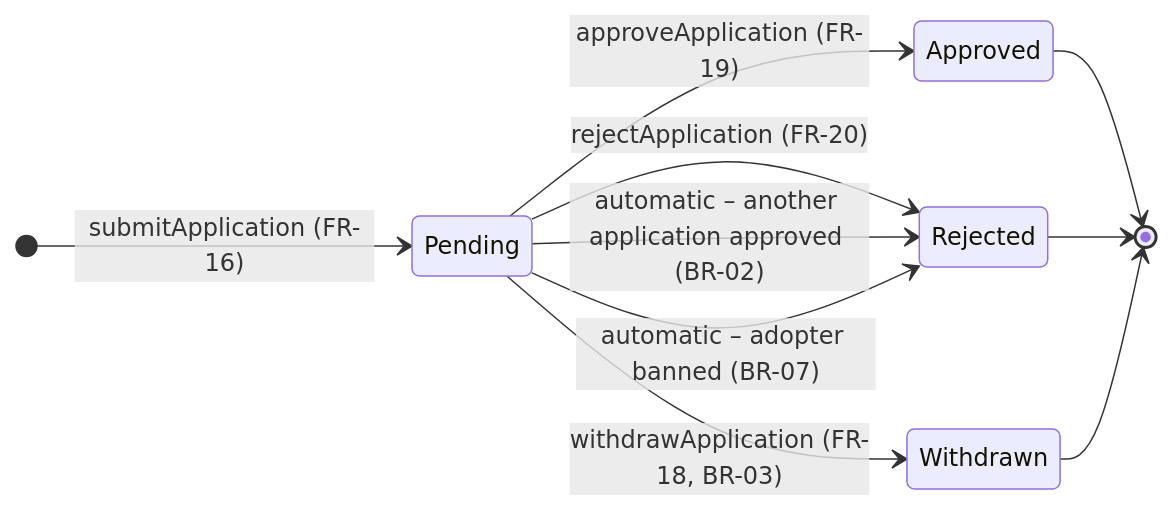
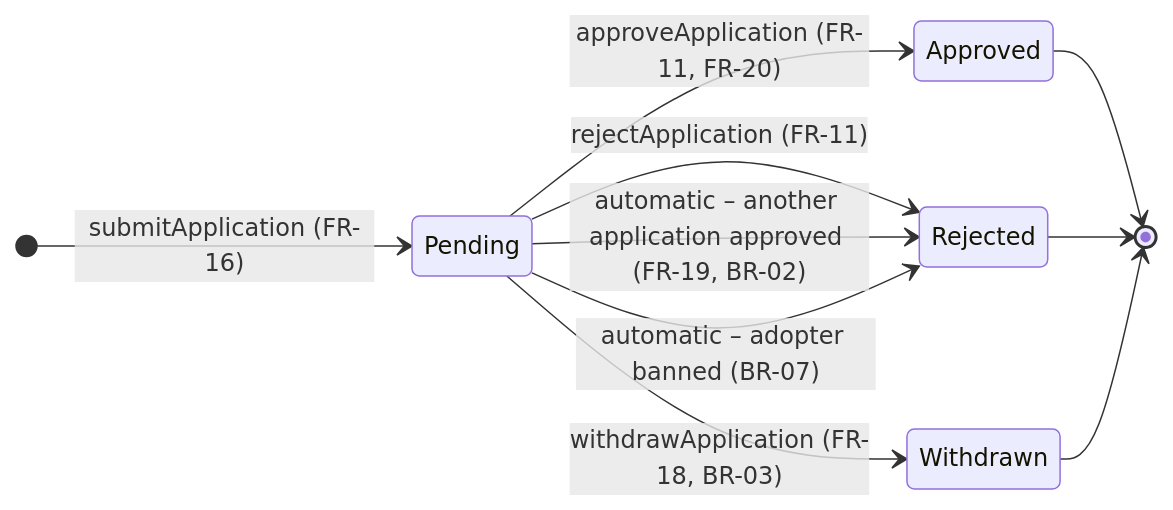
The tenth of 12 diagrams in docs/06-architecture.md (seng321-termproject-pawradise/pawradise), drawn with Mermaid before and after one commit. The commit also changed other lines of this file, not shown here.

````diff
--- a/docs/06-architecture.md
+++ b/docs/06-architecture.md
@@ -789,13 +789,13 @@
 ```mermaid
 stateDiagram-v2
     direction LR
     [*] --> Pending: submitApplication (FR-16)
-    Pending --> Approved: approveApplication (FR-19)
-    Pending --> Rejected: rejectApplication (FR-20)
-    Pending --> Rejected: automatic – another application approved (BR-02)
+    Pending --> Approved: approveApplication (FR-11, FR-20)
+    Pending --> Rejected: rejectApplication (FR-11)
+    Pending --> Rejected: automatic – another application approved (FR-19, BR-02)
     Pending --> Rejected: automatic – adopter banned (BR-07)
     Pending --> Withdrawn: withdrawApplication (FR-18, BR-03)
     Approved --> [*]
     Rejected --> [*]
     Withdrawn --> [*]
 ```
````
